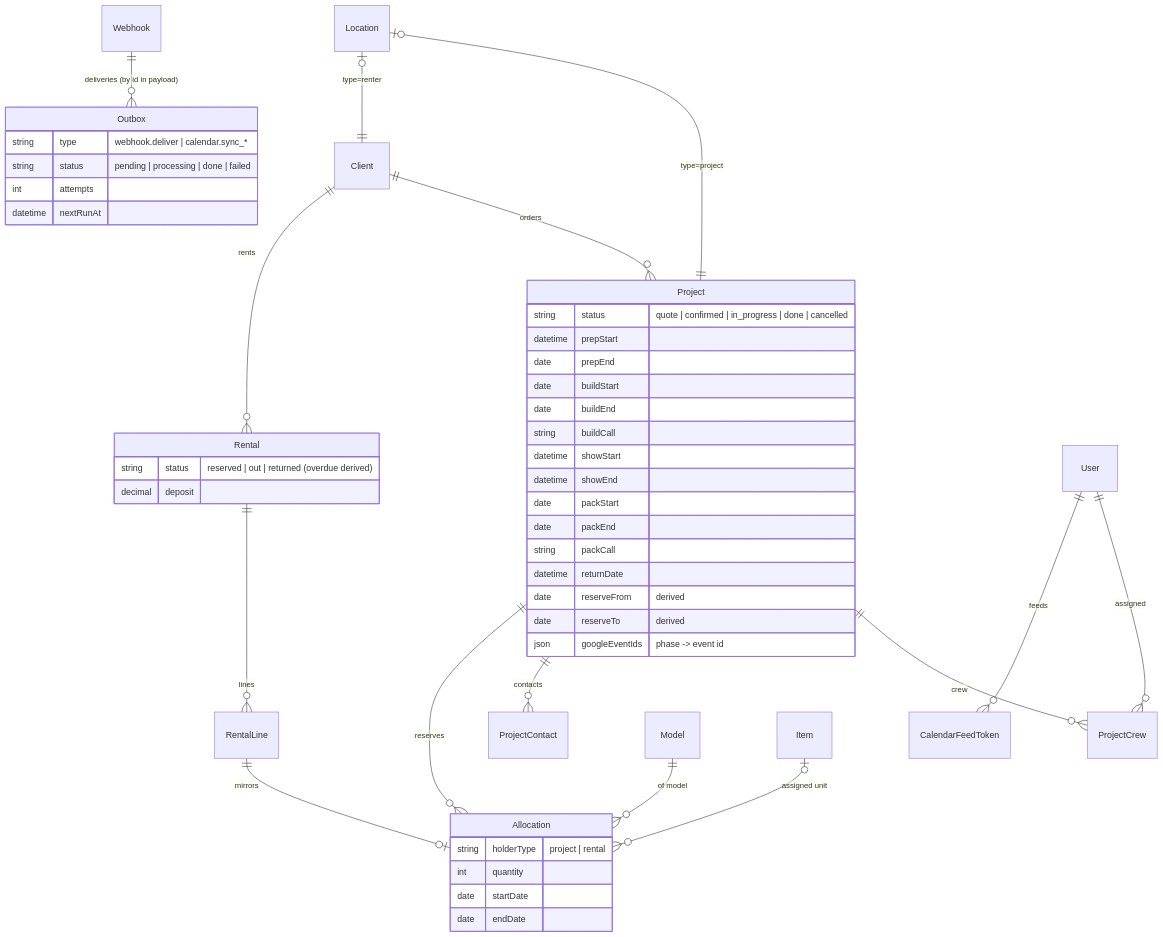
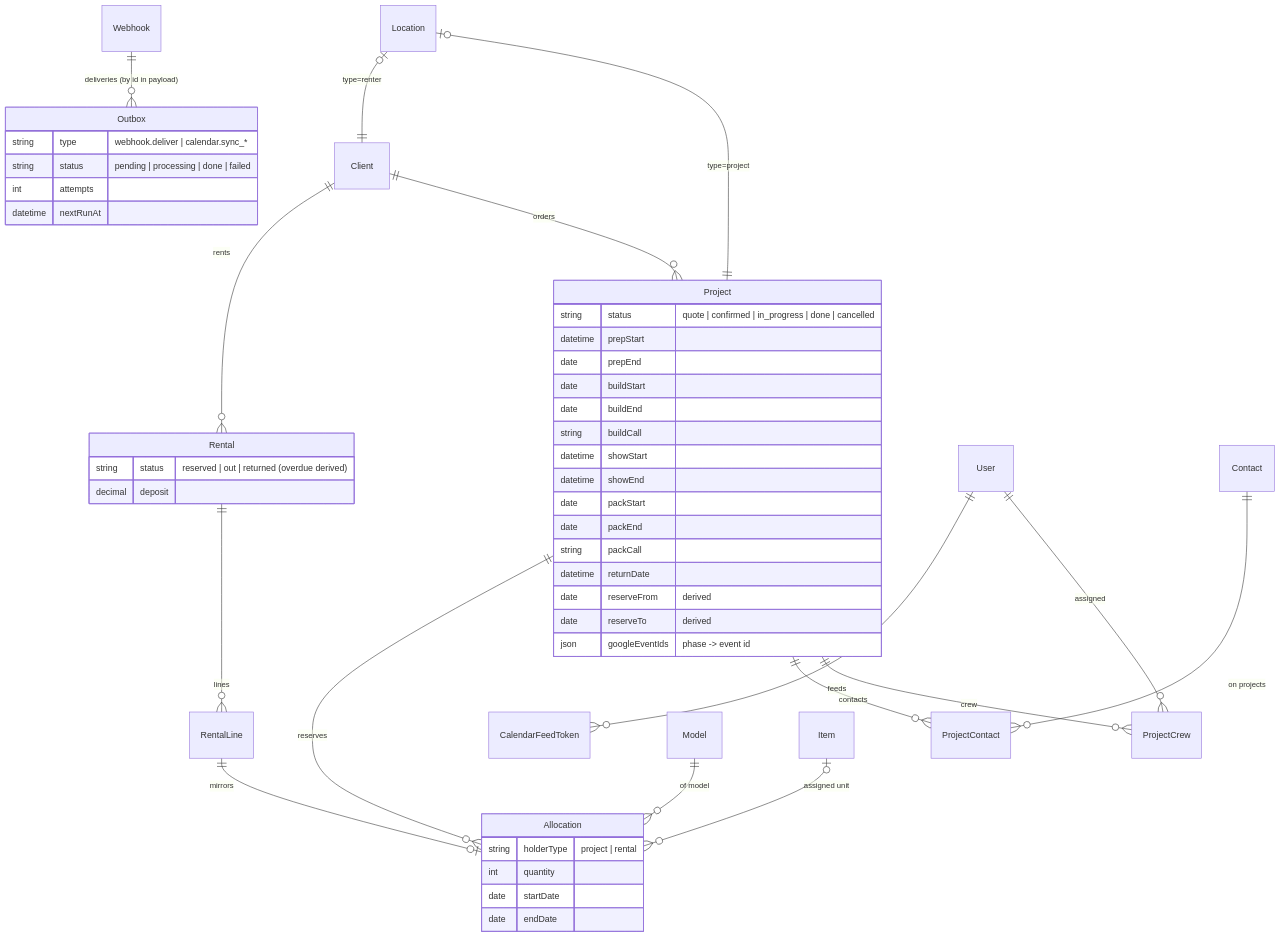
The fifth of 6 diagrams in docs/ARCHITECTURE.md (vertigojeppe/vertigo-gear-management), drawn with Mermaid before and after one commit. The commit also changed other lines of this file and 33 other files, not shown here.

First line of the commit message:
Contact library: own section, contact pages, project contacts picked from it

````diff
--- a/docs/ARCHITECTURE.md
+++ b/docs/ARCHITECTURE.md
@@ -251,51 +251,52 @@
 ```mermaid
 erDiagram
   Client ||--o{ Project : orders
   Client ||--o{ Rental : rents
   Project ||--o{ ProjectCrew : crew
   User ||--o{ ProjectCrew : assigned
   Project ||--o{ ProjectContact : contacts
+  Contact ||--o{ ProjectContact : "on projects"
   Project ||--o{ Allocation : reserves
   Rental ||--o{ RentalLine : lines
   RentalLine ||--o| Allocation : mirrors
   Model ||--o{ Allocation : "of model"
   Item o|--o{ Allocation : "assigned unit"
   Location o|--|| Project : "type=project"
   Location o|--|| Client : "type=renter"
   User ||--o{ CalendarFeedToken : feeds
   Webhook ||--o{ Outbox : "deliveries (by id in payload)"
 
   Project {
     string status "quote | confirmed | in_progress | done | cancelled"
     datetime prepStart
     date prepEnd
     date buildStart
     date buildEnd
     string buildCall
     datetime showStart
     datetime showEnd
     date packStart
     date packEnd
     string packCall
     datetime returnDate
     date reserveFrom "derived"
     date reserveTo "derived"
     json googleEventIds "phase -> event id"
   }
   Allocation {
     string holderType "project | rental"
     int quantity
     date startDate
     date endDate
   }
   Rental {
     string status "reserved | out | returned (overdue derived)"
     decimal deposit
   }
   Outbox {
     string type "webhook.deliver | calendar.sync_*"
     string status "pending | processing | done | failed"
     int attempts
     datetime nextRunAt
   }
 ```
````
